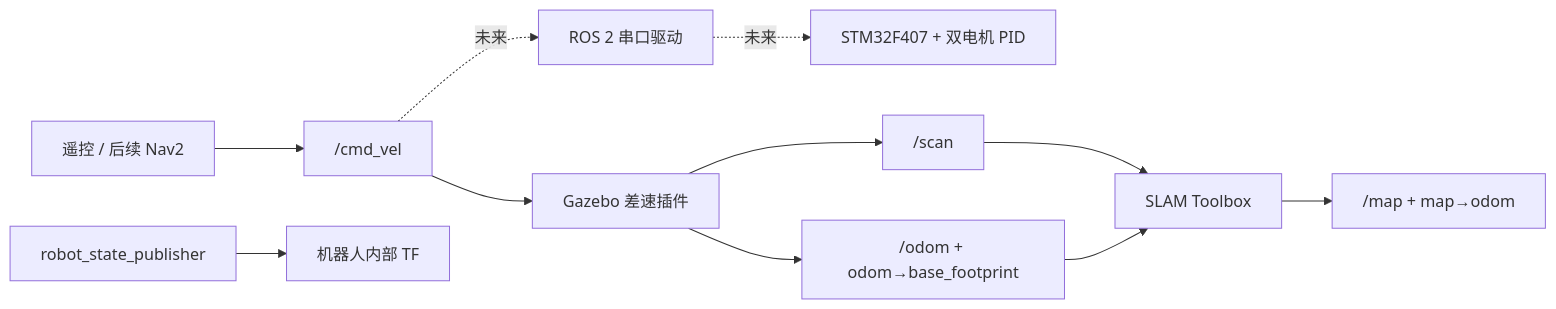
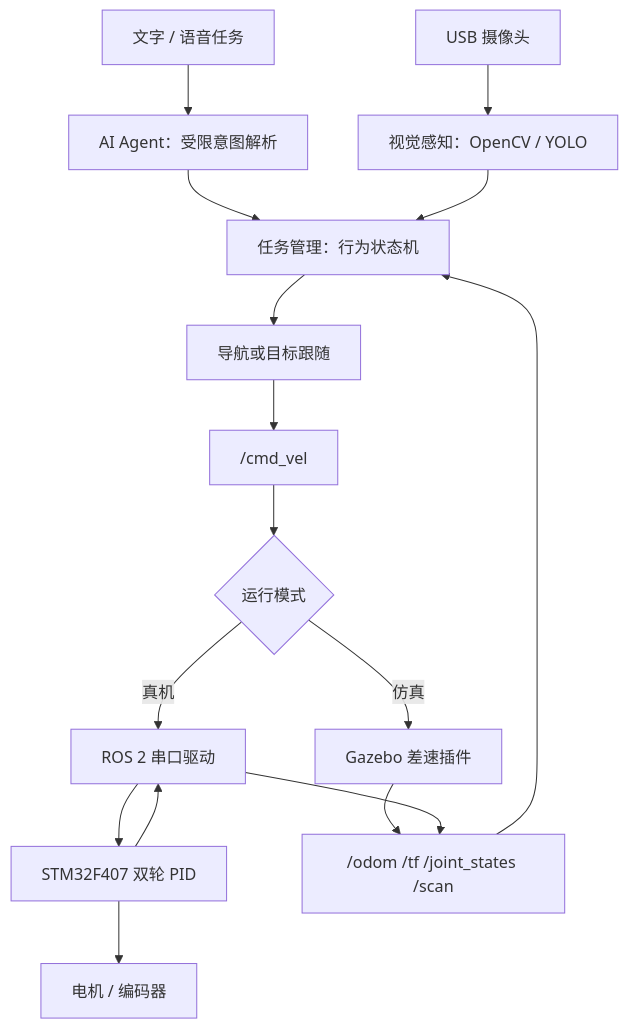
The diagram in README.md (qwerty12399/OpenRobot-One), drawn with Mermaid before and after one commit. The commit also changed other lines of this file and 126 other files, not shown here.

````diff
--- a/README.md
+++ b/README.md
@@ -14,13 +9,17 @@
 ```mermaid
-flowchart LR
-    operator["遥控 / 后续 Nav2"] --> cmd["/cmd_vel"]
-    cmd --> sim["Gazebo 差速插件"]
-    cmd -. "未来" .-> driver["ROS 2 串口驱动"]
-    driver -. "未来" .-> stm["STM32F407 + 双电机 PID"]
-    sim --> odom["/odom + odom→base_footprint"]
-    sim --> scan["/scan"]
-    scan --> slam["SLAM Toolbox"]
-    odom --> slam
-    slam --> map["/map + map→odom"]
-    rsp["robot_state_publisher"] --> internal["机器人内部 TF"]
+flowchart TD
+    user["文字 / 语音任务"] --> ai["AI Agent：受限意图解析"]
+    ai --> task["任务管理：行为状态机"]
+    camera["USB 摄像头"] --> vision["视觉感知：OpenCV / YOLO"]
+    vision --> task
+    task --> nav["导航或目标跟随"]
+    nav --> cmd["/cmd_vel"]
+    cmd --> target{"运行模式"}
+    target -->|仿真| gazebo["Gazebo 差速插件"]
+    target -->|真机| driver["ROS 2 串口驱动"]
+    driver --> stm32["STM32F407 双轮 PID"]
+    stm32 --> motor["电机 / 编码器"]
+    gazebo --> feedback["/odom /tf /joint_states /scan"]
+    stm32 --> driver --> feedback
+    feedback --> task
 ```
````
